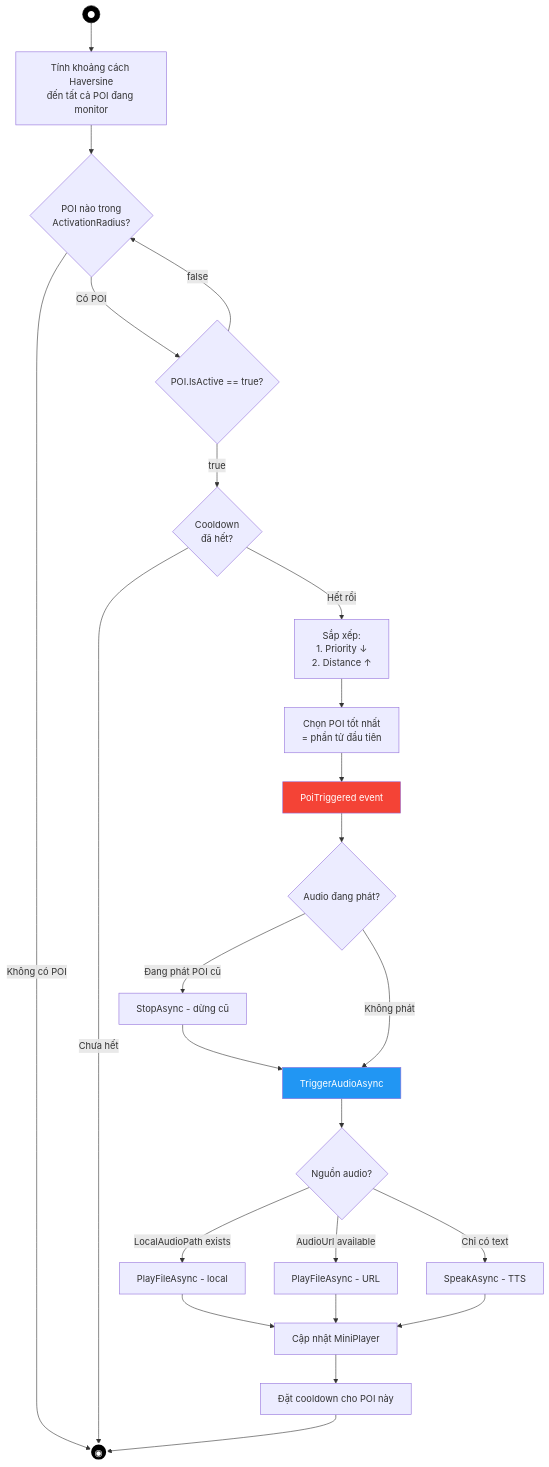
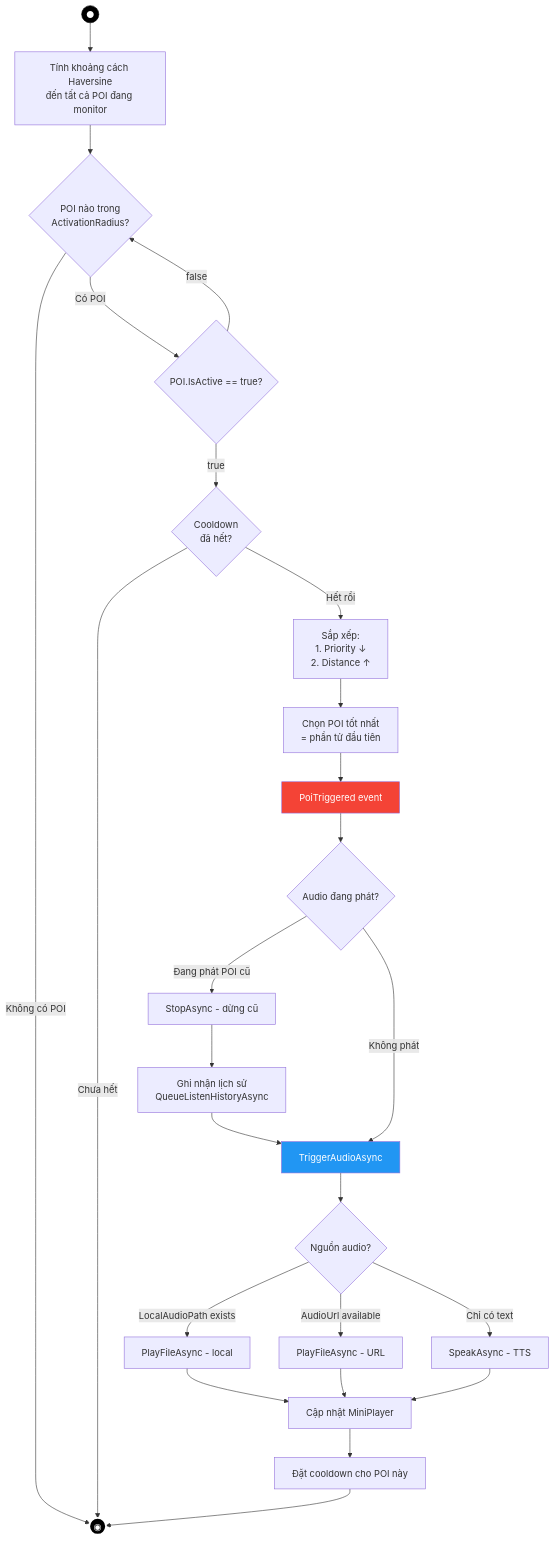
Before and after one commit to AudioGo-Project/AudioGo: diagram 33 of 47 in PRD.md, drawn with Mermaid. The commit also changed other lines of this file, not shown here.

````diff
--- a/PRD.md
+++ b/PRD.md
@@ -1722,42 +2379,43 @@
 ```mermaid
 flowchart TD
     START(( ● )) --> CALC[Tính khoảng cách Haversine<br/>đến tất cả POI đang monitor]
     
     CALC --> FILTER{POI nào trong<br/>ActivationRadius?}
     
     FILTER -- Không có POI --> END_WAIT(( ◉ ))
     FILTER -- Có POI --> CHECK_ACTIVE{POI.IsActive == true?}
     
     CHECK_ACTIVE -- false --> FILTER
     CHECK_ACTIVE -- true --> CHECK_COOLDOWN{Cooldown<br/>đã hết?}
     
     CHECK_COOLDOWN -- Chưa hết --> END_WAIT
     CHECK_COOLDOWN -- Hết rồi --> SORT[Sắp xếp:<br/>1. Priority ↓<br/>2. Distance ↑]
     
     SORT --> SELECT[Chọn POI tốt nhất<br/>= phần tử đầu tiên]
     
     SELECT --> TRIGGER[PoiTriggered event]
     
     TRIGGER --> AUDIO_CHECK{Audio đang phát?}
     
     AUDIO_CHECK -- Đang phát POI cũ --> STOP_OLD[StopAsync - dừng cũ]
-    STOP_OLD --> PLAY_NEW
+    STOP_OLD --> LOG_HISTORY[Ghi nhận lịch sử<br/>QueueListenHistoryAsync]
+    LOG_HISTORY --> PLAY_NEW
     AUDIO_CHECK -- Không phát --> PLAY_NEW
     
     PLAY_NEW[TriggerAudioAsync] --> FALLBACK{Nguồn audio?}
     
     FALLBACK -- LocalAudioPath exists --> PLAY_LOCAL[PlayFileAsync - local]
     FALLBACK -- AudioUrl available --> PLAY_URL[PlayFileAsync - URL]
     FALLBACK -- Chỉ có text --> PLAY_TTS[SpeakAsync - TTS]
     
     PLAY_LOCAL --> UPDATE_UI[Cập nhật MiniPlayer]
     PLAY_URL --> UPDATE_UI
     PLAY_TTS --> UPDATE_UI
     UPDATE_UI --> SET_COOLDOWN[Đặt cooldown cho POI này]
     SET_COOLDOWN --> END_WAIT
 
     style START fill:#000,color:#fff,stroke:#000
     style END_WAIT fill:#000,color:#fff,stroke:#fff,stroke-width:3px
     style TRIGGER fill:#F44336,color:#fff
     style PLAY_NEW fill:#2196F3,color:#fff
 ```
````
